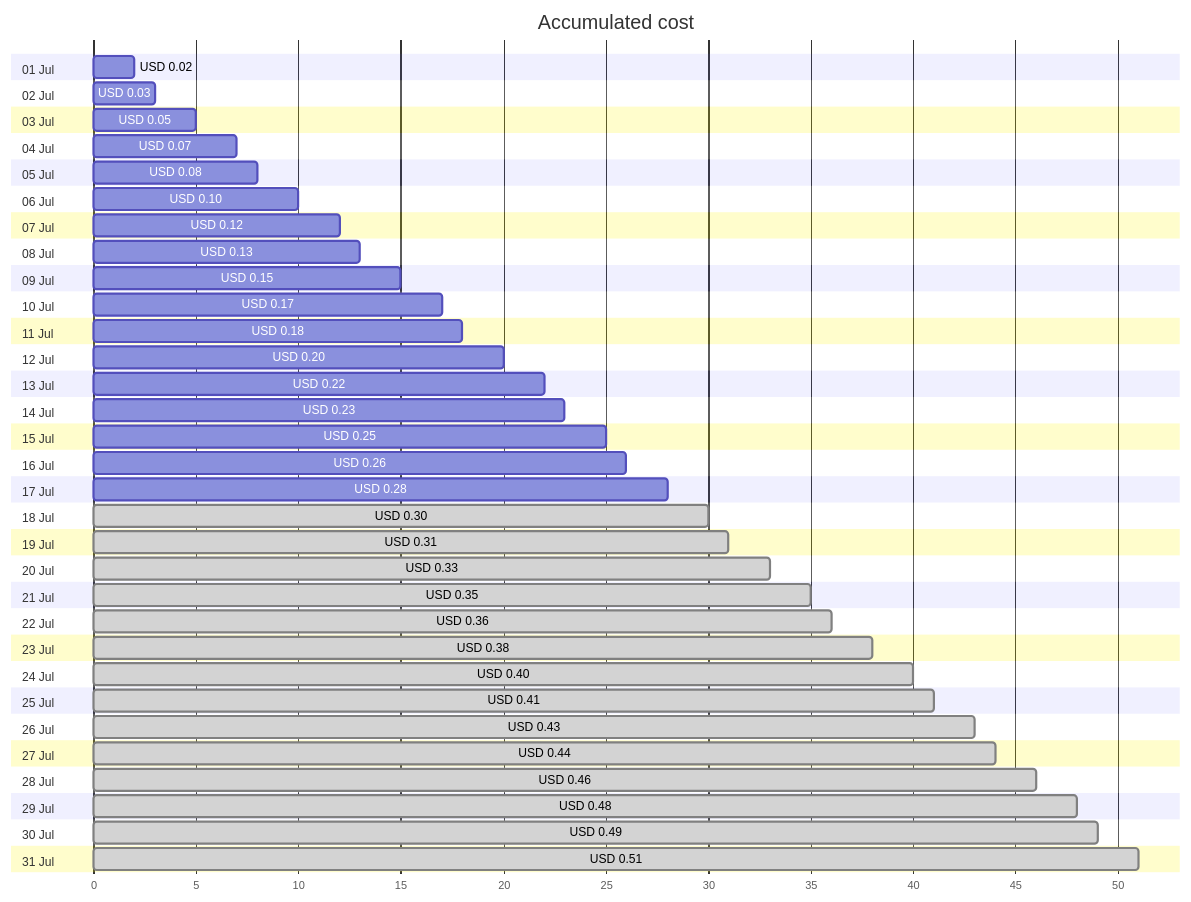
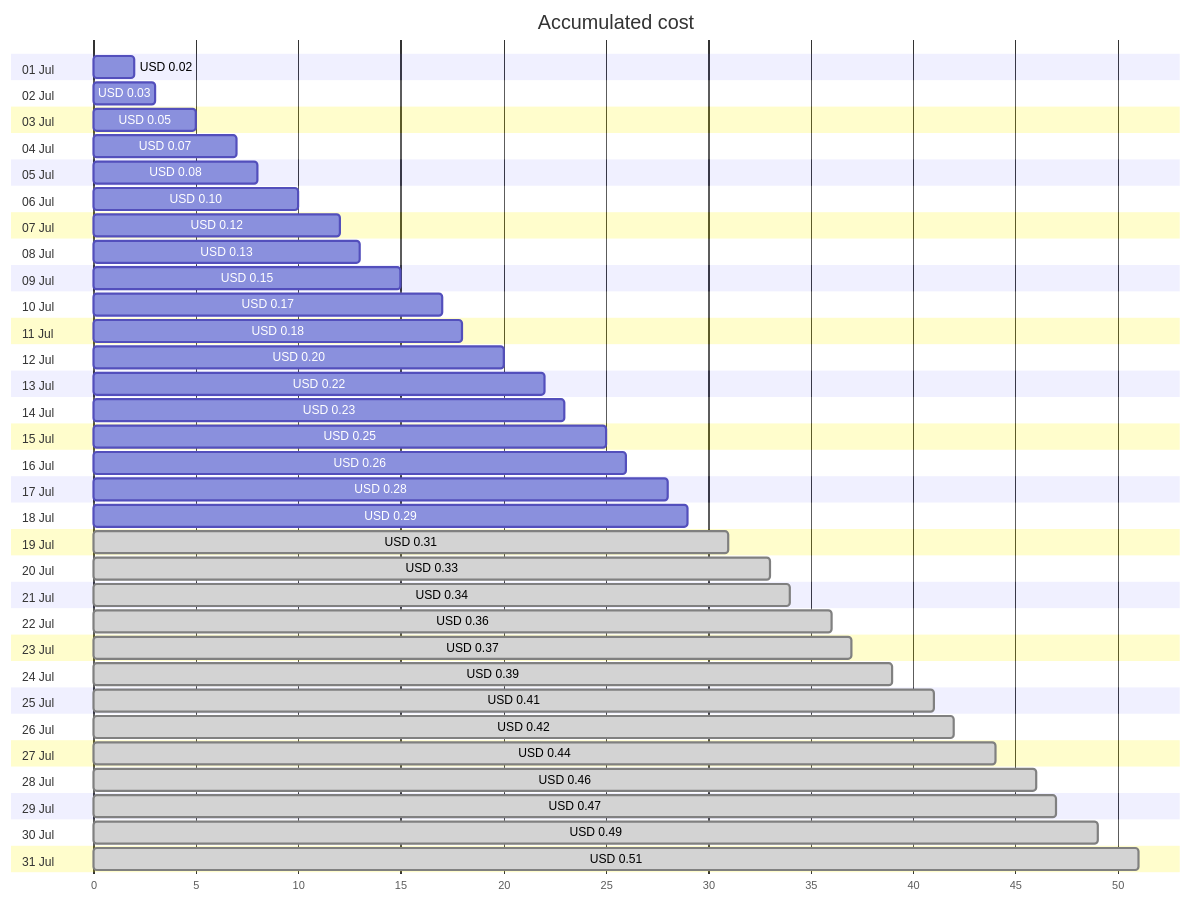
One commit to jpfulton/azure-personal-reports changed the first of 4 diagrams in cost-reports/personal-dns/jpatrickfulton.dev.md. Above: the diagram before and after it, drawn with Mermaid. The commit also changed other lines of this file and 2 other files, not shown here.

````diff
--- a/cost-reports/personal-dns/jpatrickfulton.dev.md
+++ b/cost-reports/personal-dns/jpatrickfulton.dev.md
@@ -20,68 +20,68 @@
 ```mermaid
 gantt
    title Accumulated cost
    dateFormat  X
    axisFormat %s
    section 01 Jul
    USD 0.02 :0, 2
    section 02 Jul
    USD 0.03 :0, 3
    section 03 Jul
    USD 0.05 :0, 5
    section 04 Jul
    USD 0.07 :0, 7
    section 05 Jul
    USD 0.08 :0, 8
    section 06 Jul
    USD 0.10 :0, 10
    section 07 Jul
    USD 0.12 :0, 12
    section 08 Jul
    USD 0.13 :0, 13
    section 09 Jul
    USD 0.15 :0, 15
    section 10 Jul
    USD 0.17 :0, 17
    section 11 Jul
    USD 0.18 :0, 18
    section 12 Jul
    USD 0.20 :0, 20
    section 13 Jul
    USD 0.22 :0, 22
    section 14 Jul
    USD 0.23 :0, 23
    section 15 Jul
    USD 0.25 :0, 25
    section 16 Jul
    USD 0.26 :0, 26
    section 17 Jul
    USD 0.28 :0, 28
    section 18 Jul
-   USD 0.30 : done, 0, 30
+   USD 0.29 :0, 29
    section 19 Jul
    USD 0.31 : done, 0, 31
    section 20 Jul
    USD 0.33 : done, 0, 33
    section 21 Jul
-   USD 0.35 : done, 0, 35
+   USD 0.34 : done, 0, 34
    section 22 Jul
    USD 0.36 : done, 0, 36
    section 23 Jul
-   USD 0.38 : done, 0, 38
+   USD 0.37 : done, 0, 37
    section 24 Jul
-   USD 0.40 : done, 0, 40
+   USD 0.39 : done, 0, 39
    section 25 Jul
    USD 0.41 : done, 0, 41
    section 26 Jul
-   USD 0.43 : done, 0, 43
+   USD 0.42 : done, 0, 42
    section 27 Jul
    USD 0.44 : done, 0, 44
    section 28 Jul
    USD 0.46 : done, 0, 46
    section 29 Jul
-   USD 0.48 : done, 0, 48
+   USD 0.47 : done, 0, 47
    section 30 Jul
    USD 0.49 : done, 0, 49
    section 31 Jul
    USD 0.51 : done, 0, 51
 ```
````
